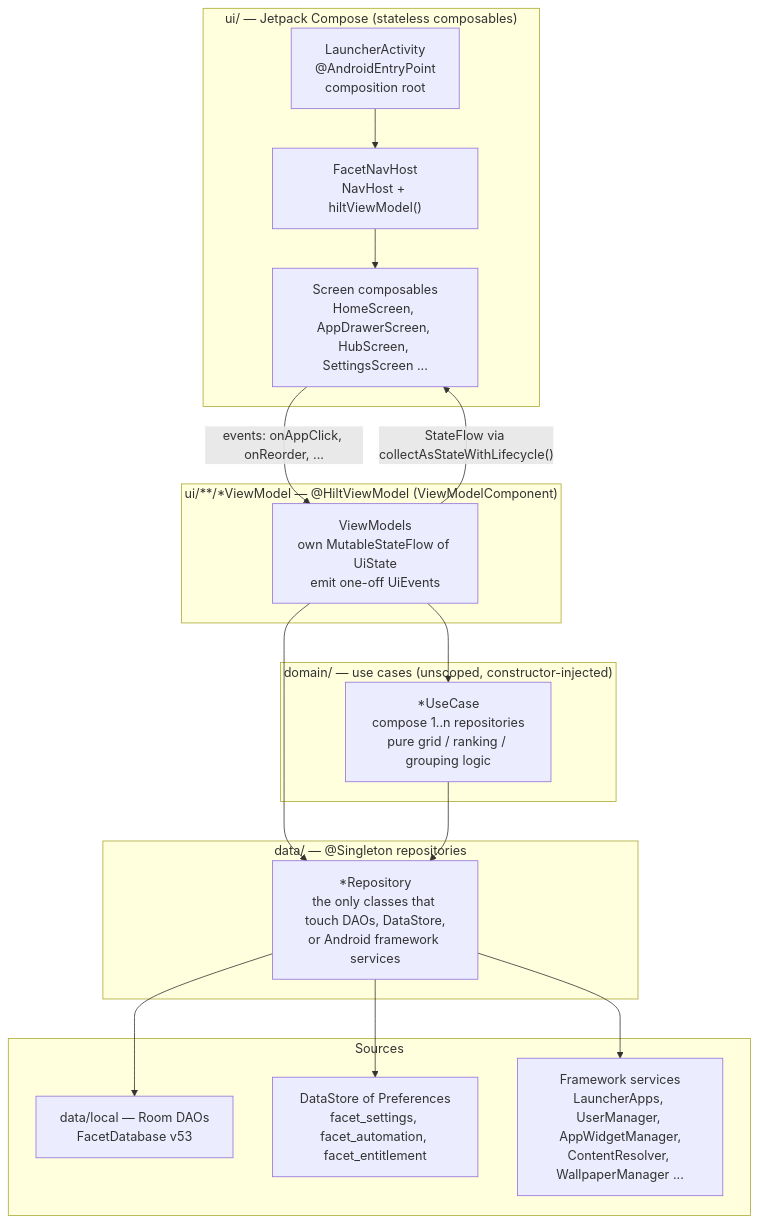
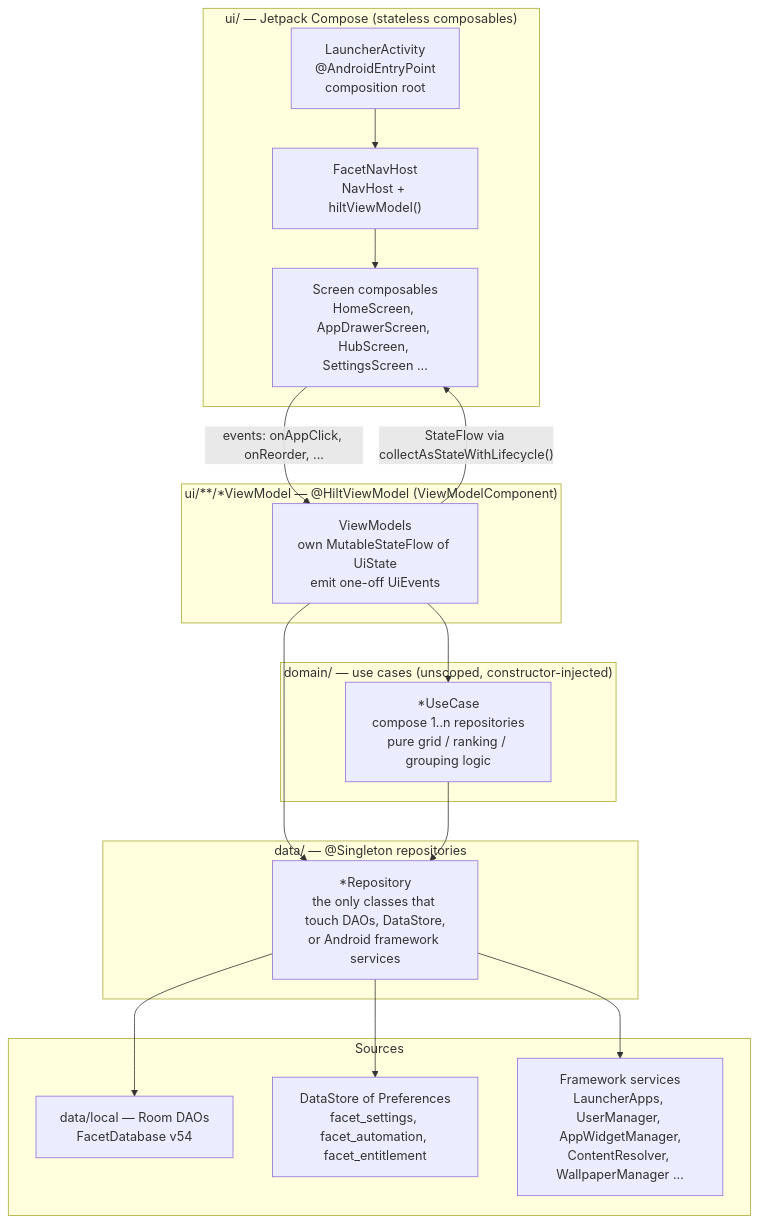
The first of 3 diagrams in docs/architecture/01-architecture-and-layers.md (rohitganjam/facet-launcher), drawn with Mermaid before and after one commit. The commit also changed 38 other files, not shown here.

````diff
--- a/docs/architecture/01-architecture-and-layers.md
+++ b/docs/architecture/01-architecture-and-layers.md
@@ -8,36 +8,36 @@
 ```mermaid
 flowchart TB
     subgraph UI["ui/ — Jetpack Compose (stateless composables)"]
         ACT["LauncherActivity\n@AndroidEntryPoint\ncomposition root"]
         NAV["FacetNavHost\nNavHost + hiltViewModel()"]
         SCR["Screen composables\nHomeScreen, AppDrawerScreen, HubScreen, SettingsScreen ..."]
         ACT --> NAV --> SCR
     end
 
     subgraph VM["ui/**/*ViewModel — @HiltViewModel (ViewModelComponent)"]
         VMS["ViewModels\nown MutableStateFlow of UiState\nemit one-off UiEvents"]
     end
 
     subgraph DOM["domain/ — use cases (unscoped, constructor-injected)"]
         UC["*UseCase\ncompose 1..n repositories\npure grid / ranking / grouping logic"]
     end
 
     subgraph DATA["data/ — @Singleton repositories"]
         REPO["*Repository\nthe only classes that touch DAOs, DataStore,\nor Android framework services"]
     end
 
     subgraph SRC["Sources"]
-        DAO["data/local — Room DAOs\nFacetDatabase v53"]
+        DAO["data/local — Room DAOs\nFacetDatabase v54"]
         DS["DataStore of Preferences\nfacet_settings, facet_automation, facet_entitlement"]
         FW["Framework services\nLauncherApps, UserManager, AppWidgetManager,\nContentResolver, WallpaperManager ..."]
     end
 
     SCR -- "events: onAppClick, onReorder, ..." --> VMS
     VMS -- "StateFlow via collectAsStateWithLifecycle()" --> SCR
     VMS --> UC
     VMS --> REPO
     UC --> REPO
     REPO --> DAO
     REPO --> DS
     REPO --> FW
 ```
````
